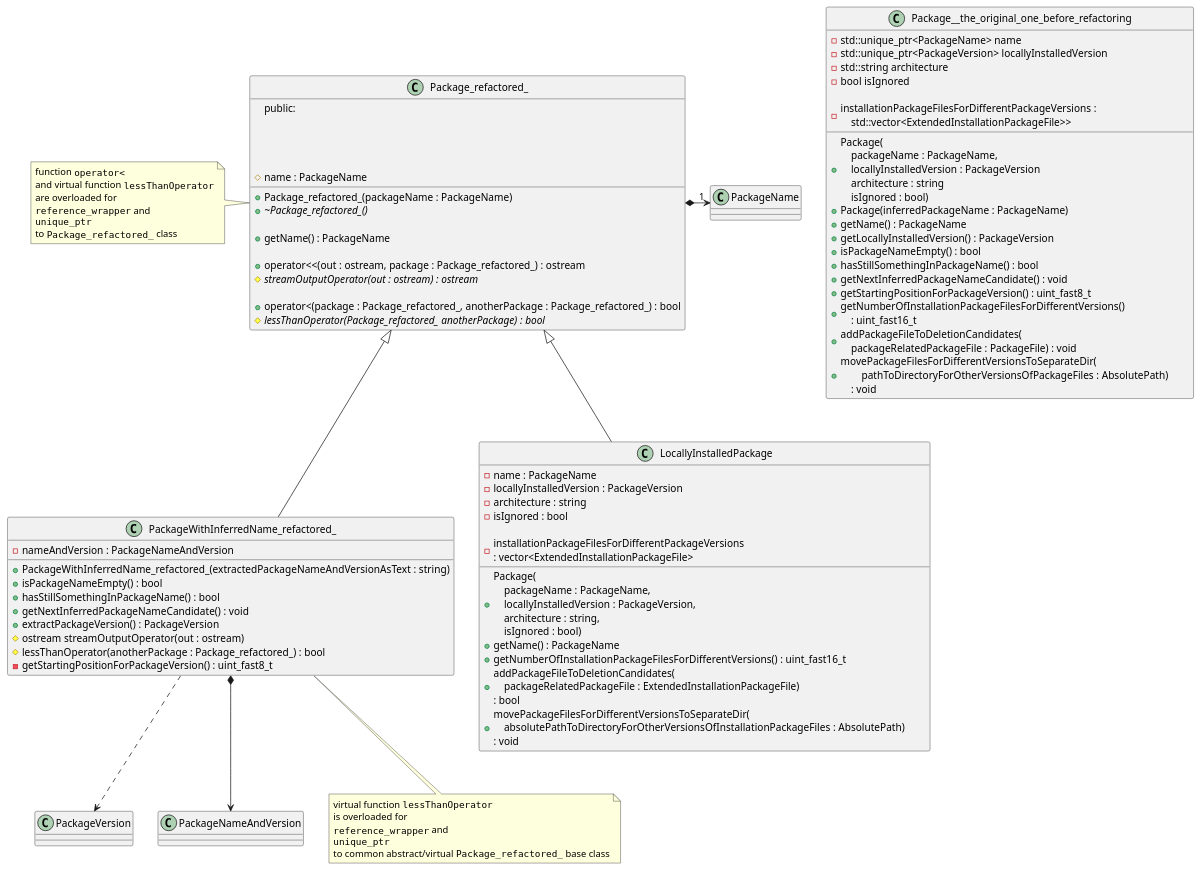
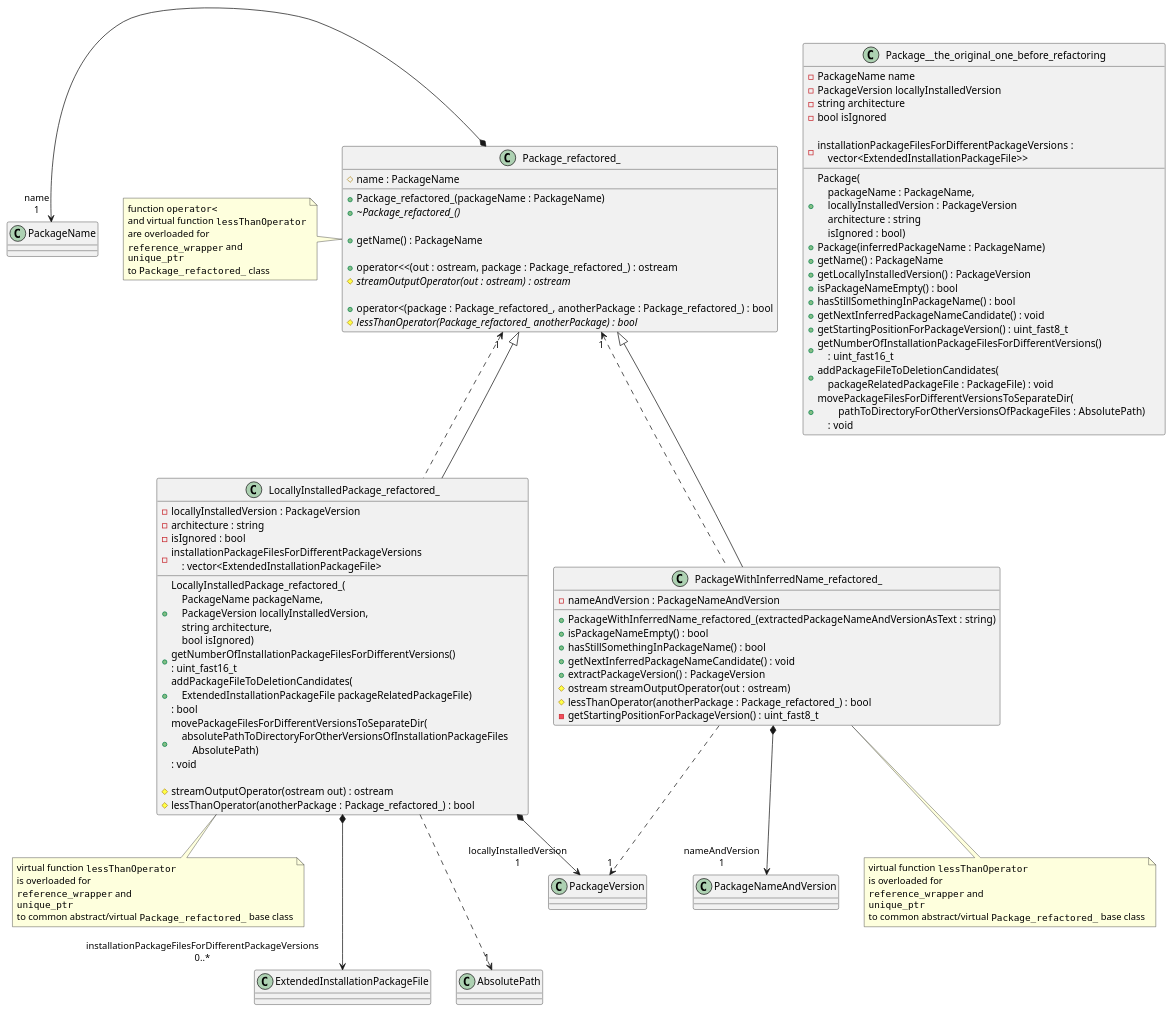
One commit to kyberdrb/clean_pacman_cache_dir changed the diagram in Refactoring_Package_due_to_using_a_subset_of_features_for_packageWithInferredName_of_original_Package_type_and_initializing_the_rest_to_undefined_values-Class_diagram.puml. Above: the diagram before and after it, drawn with PlantUML.

Commit message:
Add 'LocallyInstalledPackage_refactored_' class to PlantUML class diagram for refactoring

```diff
--- a/Refactoring_Package_due_to_using_a_subset_of_features_for_packageWithInferredName_of_original_Package_type_and_initializing_the_rest_to_undefined_values-Class_diagram.puml
+++ b/Refactoring_Package_due_to_using_a_subset_of_features_for_packageWithInferredName_of_original_Package_type_and_initializing_the_rest_to_undefined_values-Class_diagram.puml
@@ -1,107 +1,116 @@
 @startuml
 
 'Proposed solutions to avoid assigning reference member attributes to temporary values in single-argument constructor:
 ' - Inheritance/Implementation of interface - a class with only pure virtual functions with commonfunctions
 '   - overkill/not necessary - I don't use them in one container, neither I want to complicate my code with abstractions for simplicity and understandability
 ' - Splitting one 'PackageFile'
 '   - to two classes
 '   - then encapsulate the 'string' type 'filname' and 'absolutePath' member variables to custom defined classes 'Filename' and 'AbsolutePath' for expressivenes
 '   - Accepted solution
 
 class Package__the_original_one_before_refactoring {
     + Package(\
-        \n    packageName : PackageName,\
-        \n    locallyInstalledVersion : PackageVersion\
-        \n    architecture : string\
-        \n    isIgnored : bool)
+      \n    packageName : PackageName,\
+      \n    locallyInstalledVersion : PackageVersion\
+      \n    architecture : string\
+      \n    isIgnored : bool)
     + Package(inferredPackageName : PackageName)
     + getName() : PackageName
     + getLocallyInstalledVersion() : PackageVersion
     + isPackageNameEmpty() : bool
     + hasStillSomethingInPackageName() : bool
     + getNextInferredPackageNameCandidate() : void
     + getStartingPositionForPackageVersion() : uint_fast8_t
     + getNumberOfInstallationPackageFilesForDifferentVersions()\
-        \n    : uint_fast16_t
+      \n    : uint_fast16_t
     + addPackageFileToDeletionCandidates(\
-        \n    packageRelatedPackageFile : PackageFile) : void
+      \n    packageRelatedPackageFile : PackageFile) : void
     + movePackageFilesForDifferentVersionsToSeparateDir(\
-        \n        pathToDirectoryForOtherVersionsOfPackageFiles : AbsolutePath)\
-        \n    : void
+      \n        pathToDirectoryForOtherVersionsOfPackageFiles : AbsolutePath)\
+      \n    : void
 
-    - std::unique_ptr<PackageName> name
-    - std::unique_ptr<PackageVersion> locallyInstalledVersion
-    - std::string architecture
+    - PackageName name
+    - PackageVersion locallyInstalledVersion
+    - string architecture
     - bool isIgnored
 
     - installationPackageFilesForDifferentPackageVersions :\
-        \n    std::vector<ExtendedInstallationPackageFile>>
+      \n    vector<ExtendedInstallationPackageFile>>
 }
 
 'Analysis
 
 'TODO make >>> abstract <<< from the 'class Package_refactored_' ?
 class Package_refactored_ {
-public:
     + Package_refactored_(packageName : PackageName)
     + {abstract} ~Package_refactored_()
 
     + getName() : PackageName
 
     + operator<<(out : ostream, package : Package_refactored_) : ostream
     # {abstract} streamOutputOperator(out : ostream) : ostream
 
     + operator<(package : Package_refactored_, anotherPackage : Package_refactored_) : bool
     # {abstract} lessThanOperator(Package_refactored_ anotherPackage) : bool
 
     # name : PackageName
 }
 
 note left of Package_refactored_: function ""operator<""\nand virtual function ""lessThanOperator""\nare overloaded for\n""reference_wrapper"" and\n""unique_ptr""\nto ""Package_refactored_"" class
 
-Package_refactored_ *-r-> "1" PackageName
+Package_refactored_ *-l-> "name\n1" PackageName
 
 class PackageWithInferredName_refactored_ {
     + PackageWithInferredName_refactored_(extractedPackageNameAndVersionAsText : string)
     + isPackageNameEmpty() : bool
     + hasStillSomethingInPackageName() : bool
     + getNextInferredPackageNameCandidate() : void
     + extractPackageVersion() : PackageVersion
     # ostream streamOutputOperator(out : ostream)
     # lessThanOperator(anotherPackage : Package_refactored_) : bool
 
     - nameAndVersion : PackageNameAndVersion
     - getStartingPositionForPackageVersion() : uint_fast8_t
 }
 
-Package_refactored_ <|-d- PackageWithInferredName_refactored_
-PackageWithInferredName_refactored_ ..> PackageVersion
-PackageWithInferredName_refactored_ *--> PackageNameAndVersion
+Package_refactored_ <|-u- PackageWithInferredName_refactored_
+PackageWithInferredName_refactored_ .u.> "1" Package_refactored_
+PackageWithInferredName_refactored_ .d.> "1" PackageVersion
+PackageWithInferredName_refactored_ *-d-> "nameAndVersion\n1" PackageNameAndVersion
 
 note bottom of PackageWithInferredName_refactored_: virtual function ""lessThanOperator""\nis overloaded for\n""reference_wrapper"" and\n""unique_ptr""\nto common abstract/virtual ""Package_refactored_"" base class
 
-class LocallyInstalledPackage {
-    + Package(\
-    \n    packageName : PackageName,\
-    \n    locallyInstalledVersion : PackageVersion,\
-    \n    architecture : string,\
-    \n    isIgnored : bool)
-    + getName() : PackageName
-    + getNumberOfInstallationPackageFilesForDifferentVersions() : uint_fast16_t
+class LocallyInstalledPackage_refactored_ {
+    + LocallyInstalledPackage_refactored_(\
+      \n    PackageName packageName,\
+      \n    PackageVersion locallyInstalledVersion,\
+      \n    string architecture,\
+      \n    bool isIgnored)
+    + getNumberOfInstallationPackageFilesForDifferentVersions()\
+      \n: uint_fast16_t
     + addPackageFileToDeletionCandidates(\
-    \n    packageRelatedPackageFile : ExtendedInstallationPackageFile)\
-    \n: bool
+      \n    ExtendedInstallationPackageFile packageRelatedPackageFile)\
+      \n: bool
     + movePackageFilesForDifferentVersionsToSeparateDir(\
-        \n    absolutePathToDirectoryForOtherVersionsOfInstallationPackageFiles : AbsolutePath)\
-        \n: void
-    - name : PackageName
+      \n    absolutePathToDirectoryForOtherVersionsOfInstallationPackageFiles\
+      \n        AbsolutePath)\
+      \n: void
+
+    # streamOutputOperator(ostream out) : ostream
+    # lessThanOperator(anotherPackage : Package_refactored_) : bool
+
     - locallyInstalledVersion : PackageVersion
     - architecture : string
     - isIgnored : bool
-
     - installationPackageFilesForDifferentPackageVersions\
-    \n: vector<ExtendedInstallationPackageFile>
+      \n    : vector<ExtendedInstallationPackageFile>
 }
 
-Package_refactored_ <|-d- LocallyInstalledPackage
+note bottom of LocallyInstalledPackage_refactored_: virtual function ""lessThanOperator""\nis overloaded for\n""reference_wrapper"" and\n""unique_ptr""\nto common abstract/virtual ""Package_refactored_"" base class
+
+Package_refactored_ <|-u- LocallyInstalledPackage_refactored_
+LocallyInstalledPackage_refactored_ .u.> "1" Package_refactored_
+LocallyInstalledPackage_refactored_ *-d-> "locallyInstalledVersion\n1" PackageVersion
+LocallyInstalledPackage_refactored_ *---> "installationPackageFilesForDifferentPackageVersions\n0..*" ExtendedInstallationPackageFile
+LocallyInstalledPackage_refactored_ ...> "1" AbsolutePath
 @enduml
```
